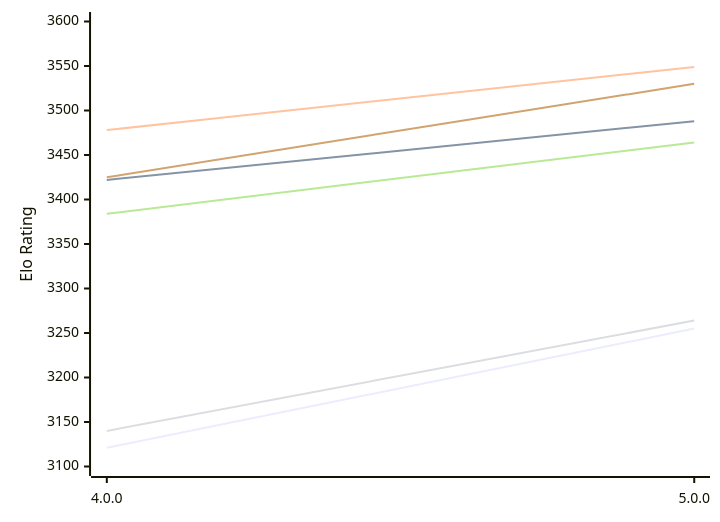
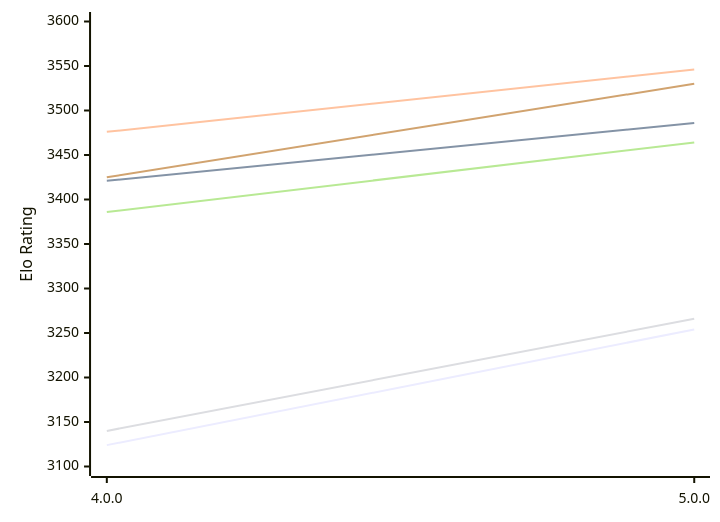
The first of 2 diagrams in engines/Avalanche.md (computer-chess-index/cci), drawn with Mermaid before and after one commit. The commit also changed other lines of this file, not shown here.

Commit message:
Update CCI Ratings (ELO VLTC) - 2026-11-27

````diff
--- a/engines/Avalanche.md
+++ b/engines/Avalanche.md
@@ -50,12 +50,12 @@
 ```mermaid
 %%{init: {"theme":"base","themeVariables":{"seriesColors:['#a3a3a3','#222221','#faa371']}}}%%
 xychart-beta
   x-axis ["4.0.0", "5.0.0"]
   y-axis "Elo Rating" 3100 --> 3600
-  line "E1: STC (8.0+0.08s)" [3121, 3255]
-  line "E1: LTC (60.0+0.60s)" [3422, 3488]
-  line "E1: VLTC (2m24s+1.12s)" [3478, 3549]
-  line "P1: STC (8.0+0.08s)" [3140, 3264]
-  line "P1: LTC (60.0+0.60s)" [3384, 3464]
+  line "E1: STC (8.0+0.08s)" [3124, 3254]
+  line "E1: LTC (60.0+0.60s)" [3421, 3486]
+  line "E1: VLTC (2m24s+1.12s)" [3476, 3546]
+  line "P1: STC (8.0+0.08s)" [3140, 3266]
+  line "P1: LTC (60.0+0.60s)" [3386, 3464]
   line "P1: VLTC (2m24s+1.12s)" [3425, 3530]
 ```
````
